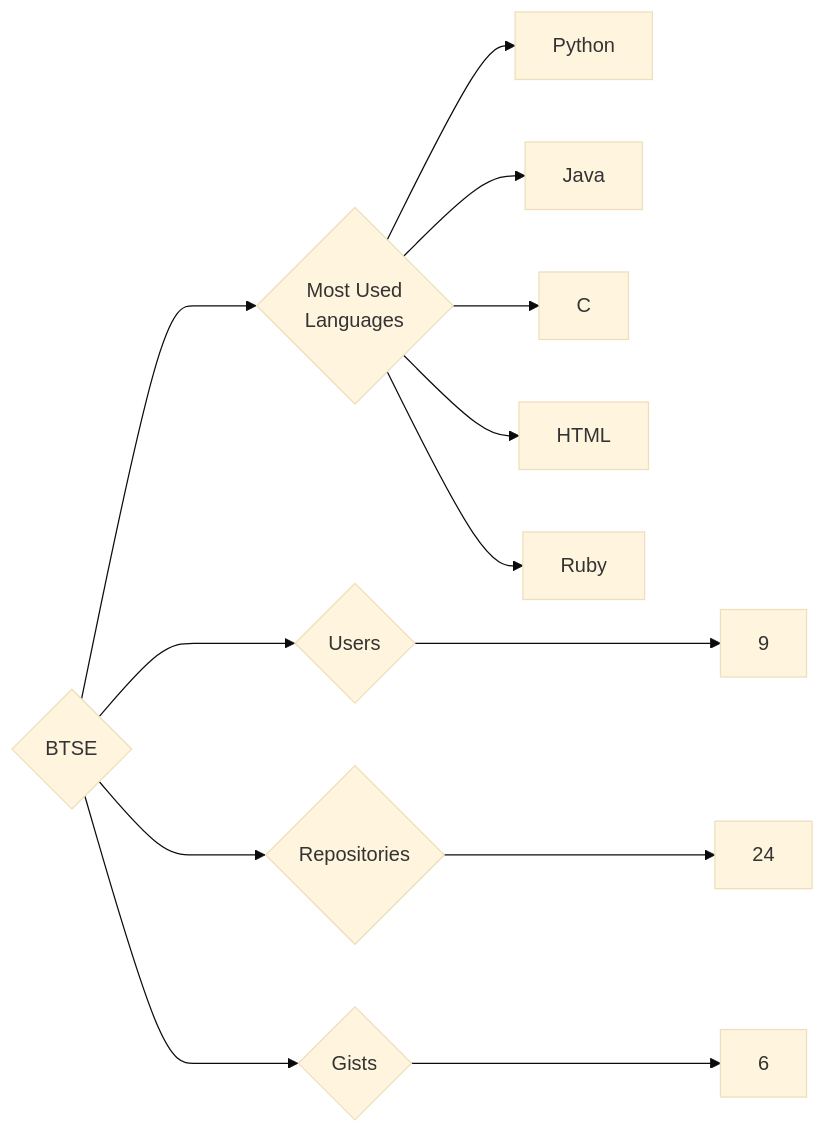
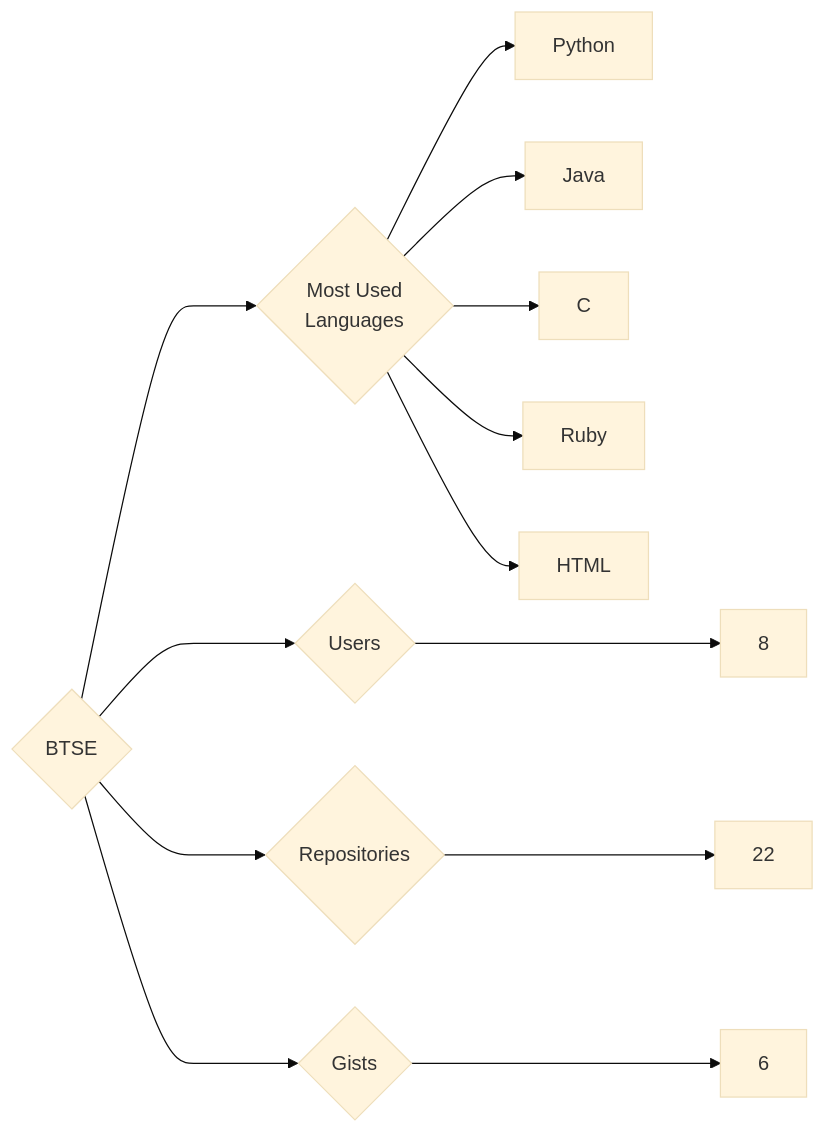
Before and after one commit to trickest/insiders: the diagram in targets/BTSE/README.md, drawn with Mermaid (base theme). The commit also changed 1023 other files, not shown here.

````diff
--- a/targets/BTSE/README.md
+++ b/targets/BTSE/README.md
@@ -3,13 +3,13 @@
 ```mermaid
 graph LR
 COMPANY_NAME{BTSE}
-COMPANY_NAME ---> U{Users} ---> UN[9]
-COMPANY_NAME ---> R{Repositories} ---> RN[24]
+COMPANY_NAME ---> U{Users} ---> UN[8]
+COMPANY_NAME ---> R{Repositories} ---> RN[22]
 COMPANY_NAME ---> G{Gists} ---> GN[6]
 COMPANY_NAME ---> ML{Most Used<br>Languages}
 ML --> Python[Python]
 ML --> Java[Java]
 ML --> C[C]
+ML --> Ruby[Ruby]
 ML --> HTML[HTML]
-ML --> Ruby[Ruby]
 ```
````
